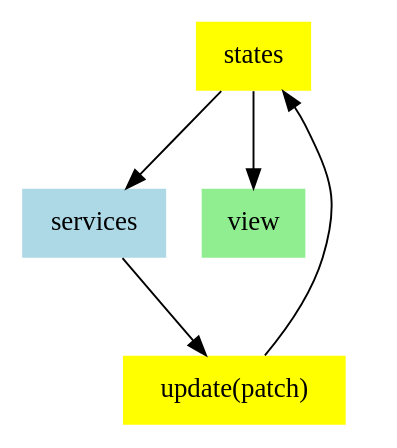
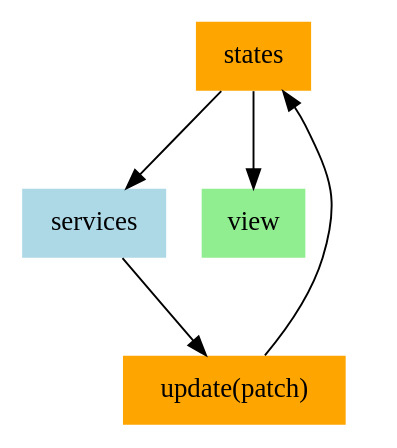
Before and after one commit to foxdonut/meiosis: the diagram in docs/images/services.dot, drawn with Graphviz. The commit also changed 19 other files, not shown here.

```diff
--- a/docs/images/services.dot
+++ b/docs/images/services.dot
@@ -1,8 +1,8 @@
 digraph meiosisdocs {
-  states [shape="none", style="filled", fillcolor="yellow", label="states"]
+  states [shape="none", style="filled", fillcolor="orange", label="states"]
   services [shape="none", style="filled", fillcolor="lightblue", label="services"]
-  update [shape="none", style="filled", fillcolor="yellow", label="update(patch)"]
+  update [shape="none", style="filled", fillcolor="orange", label="update(patch)"]
   view [shape="none", style="filled", fillcolor="lightgreen", label="view"]
 
   states -> services -> update -> states -> view [label="     "]
 }
```
